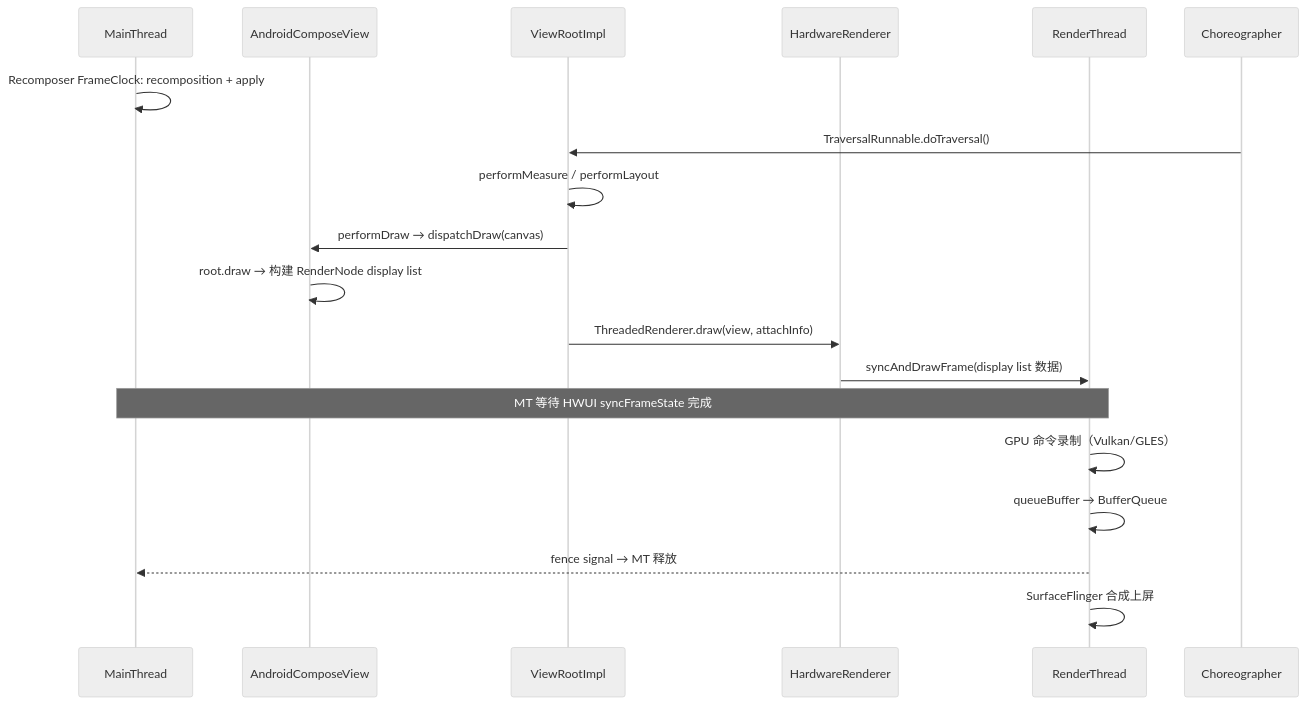
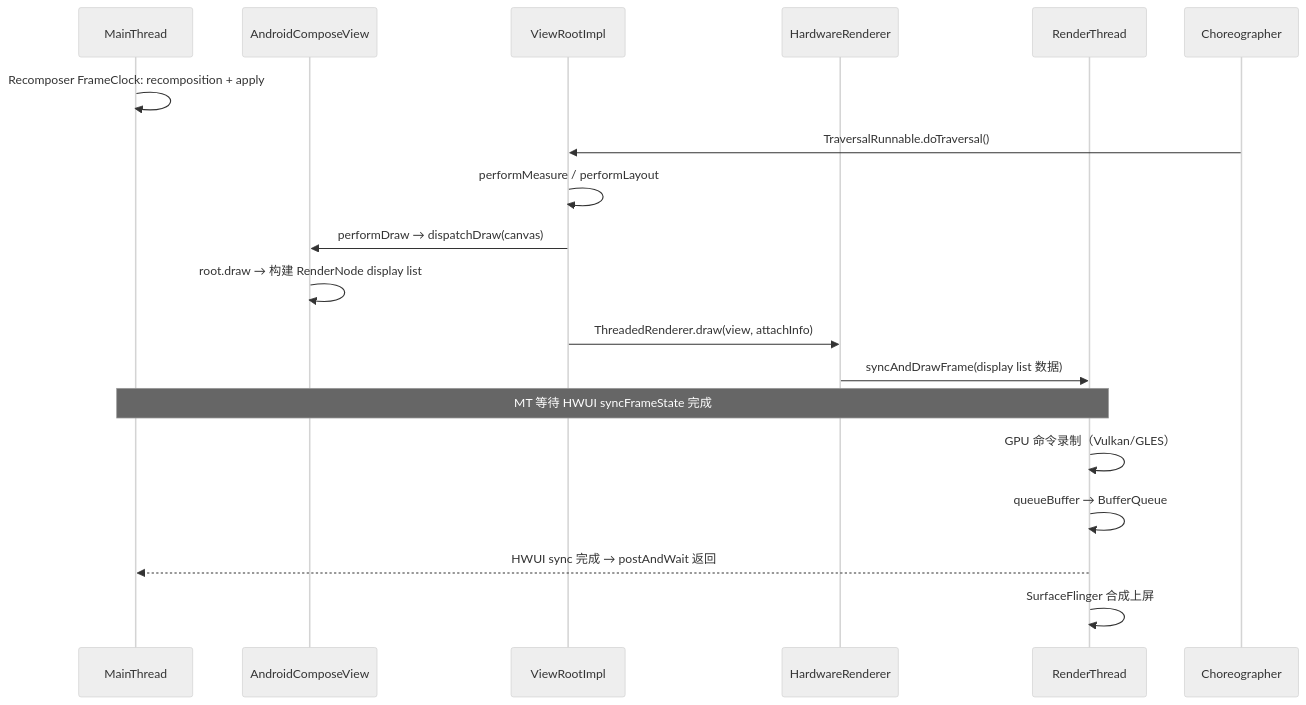
One commit to Gracker/android-internals-wiki changed the fourth of 4 diagrams in src/part2-performance/ch18-rendering-pipelines/25-compose-rendering-pipeline.md. Above: the diagram before and after it, drawn with Mermaid (neutral theme). The commit also changed other lines of this file, not shown here.

````diff
--- a/src/part2-performance/ch18-rendering-pipelines/25-compose-rendering-pipeline.md
+++ b/src/part2-performance/ch18-rendering-pipelines/25-compose-rendering-pipeline.md
@@ -468,21 +469,21 @@
 ```mermaid
 sequenceDiagram
     participant MT as MainThread
     participant ACP as AndroidComposeView
     participant VRI as ViewRootImpl
     participant HR as HardwareRenderer
     participant RT as RenderThread
     
     MT->>MT: Recomposer FrameClock: recomposition + apply
     Choreographer->>VRI: TraversalRunnable.doTraversal()
     VRI->>VRI: performMeasure / performLayout
     VRI->>ACP: performDraw → dispatchDraw(canvas)
     ACP->>ACP: root.draw → 构建 RenderNode display list
     VRI->>HR: ThreadedRenderer.draw(view, attachInfo)
     HR->>RT: syncAndDrawFrame(display list 数据)
     Note over MT,RT: MT 等待 HWUI syncFrameState 完成
     RT->>RT: GPU 命令录制（Vulkan/GLES）
     RT->>RT: queueBuffer → BufferQueue
-    RT-->>MT: fence signal → MT 释放
+    RT-->>MT: HWUI sync 完成 → postAndWait 返回
     RT->>RT: SurfaceFlinger 合成上屏
 ```
````
